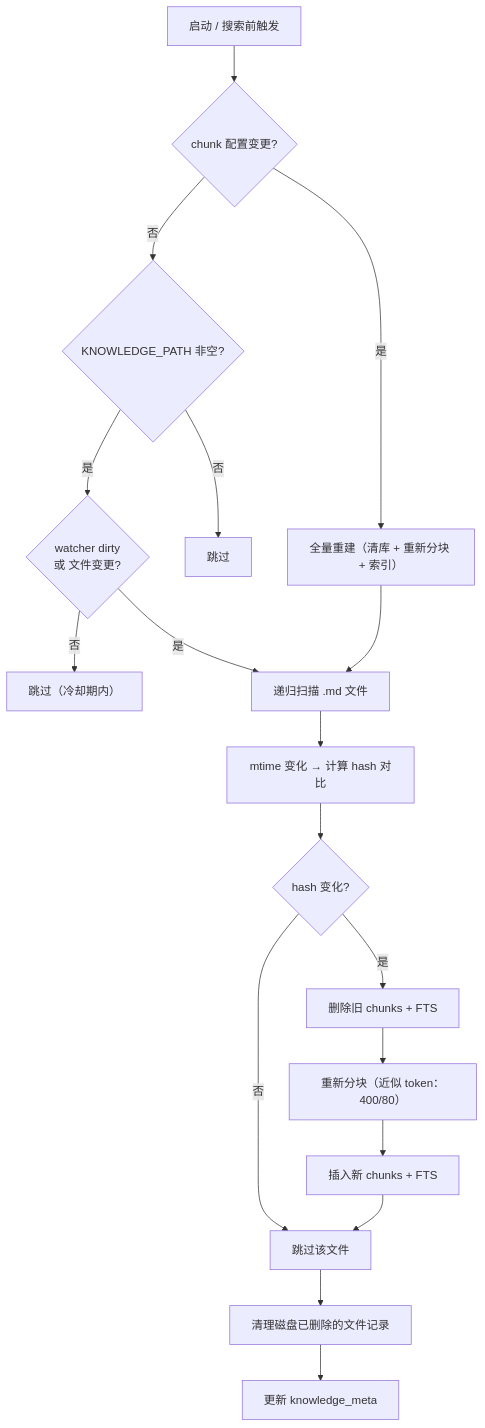
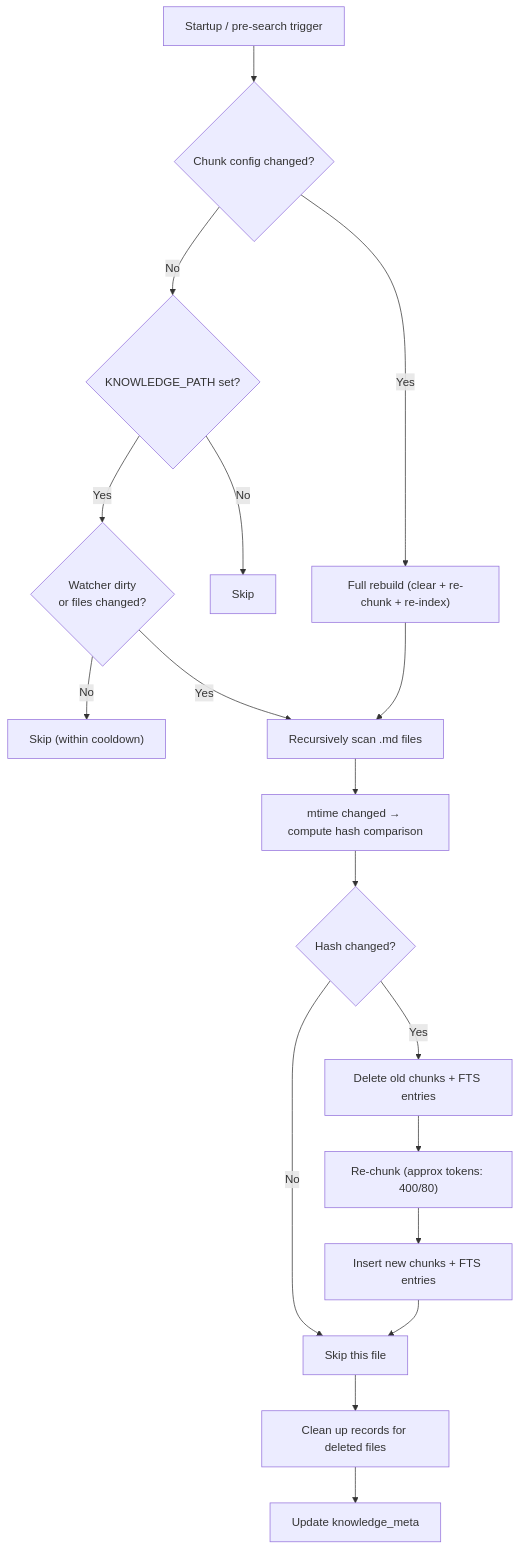
One commit to lchaoer/claudecode-oepnclaw-mem changed the sixth of 11 diagrams in ARCHITECTURE.md. Above: the diagram before and after it, drawn with Mermaid. The commit also changed other lines of this file and 2 other files, not shown here.

````diff
--- a/ARCHITECTURE.md
+++ b/ARCHITECTURE.md
@@ -209,24 +250,24 @@
 ```mermaid
 flowchart TD
-    START["启动 / 搜索前触发"] --> META{chunk 配置变更?}
-    META -->|是| FULL["全量重建（清库 + 重新分块 + 索引）"]
-    META -->|否| CHECK{KNOWLEDGE_PATH 非空?}
+    START["Startup / pre-search trigger"] --> META{Chunk config changed?}
+    META -->|Yes| FULL["Full rebuild (clear + re-chunk + re-index)"]
+    META -->|No| CHECK{KNOWLEDGE_PATH set?}
 
-    CHECK -->|否| SKIP["跳过"]
-    CHECK -->|是| DIRTY{watcher dirty<br/>或 文件变更?}
+    CHECK -->|No| SKIP["Skip"]
+    CHECK -->|Yes| DIRTY{Watcher dirty<br/>or files changed?}
 
-    DIRTY -->|否| SKIP2["跳过（冷却期内）"]
-    DIRTY -->|是| SCAN["递归扫描 .md 文件"]
+    DIRTY -->|No| SKIP2["Skip (within cooldown)"]
+    DIRTY -->|Yes| SCAN["Recursively scan .md files"]
 
-    SCAN --> COMPARE["mtime 变化 → 计算 hash 对比"]
-    COMPARE --> CHANGED{hash 变化?}
-    CHANGED -->|否| NEXT["跳过该文件"]
-    CHANGED -->|是| DELETE["删除旧 chunks + FTS"]
-    DELETE --> CHUNK["重新分块（近似 token：400/80）"]
-    CHUNK --> INSERT["插入新 chunks + FTS"]
+    SCAN --> COMPARE["mtime changed → compute hash comparison"]
+    COMPARE --> CHANGED{Hash changed?}
+    CHANGED -->|No| NEXT["Skip this file"]
+    CHANGED -->|Yes| DELETE["Delete old chunks + FTS entries"]
+    DELETE --> CHUNK["Re-chunk (approx tokens: 400/80)"]
+    CHUNK --> INSERT["Insert new chunks + FTS entries"]
     INSERT --> NEXT
-    NEXT --> CLEAN["清理磁盘已删除的文件记录"]
-    CLEAN --> SAVEMETA["更新 knowledge_meta"]
+    NEXT --> CLEAN["Clean up records for deleted files"]
+    CLEAN --> SAVEMETA["Update knowledge_meta"]
 
     FULL --> SCAN
 ```
````
